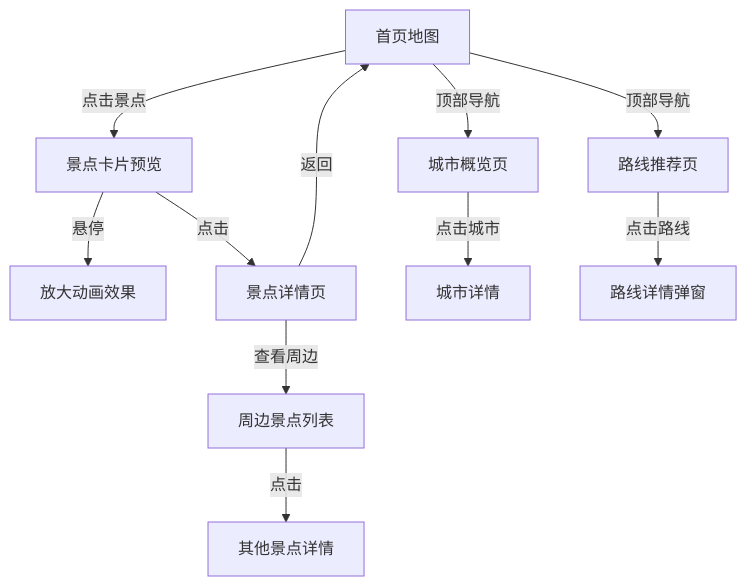
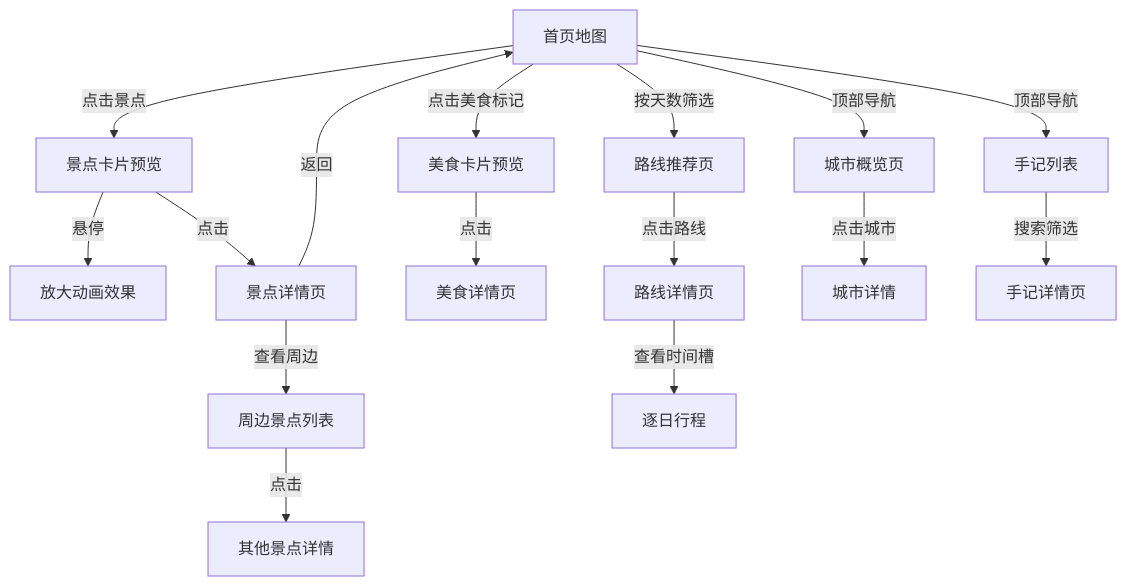
The diagram in .trae/documents/宁夏旅游地图PRD.md (Minkelxy/ningxia-tourism), drawn with Mermaid before and after one commit. The commit also changed other lines of this file and 2 other files, not shown here.

````diff
--- a/.trae/documents/宁夏旅游地图PRD.md
+++ b/.trae/documents/宁夏旅游地图PRD.md
@@ -85,15 +141,22 @@
 ```mermaid
 flowchart TD
     A[首页地图] -->|点击景点| B[景点卡片预览]
     B -->|悬停| C[放大动画效果]
     B -->|点击| D[景点详情页]
     D -->|返回| A
     D -->|查看周边| E[周边景点列表]
     E -->|点击| F[其他景点详情]
-    
-    A -->|顶部导航| G[城市概览页]
-    G -->|点击城市| H[城市详情]
-    
-    A -->|顶部导航| I[路线推荐页]
-    I -->|点击路线| J[路线详情弹窗]
+
+    A -->|点击美食标记| G[美食卡片预览]
+    G -->|点击| H[美食详情页]
+
+    A -->|按天数筛选| I[路线推荐页]
+    I -->|点击路线| J[路线详情页]
+    J -->|查看时间槽| K[逐日行程]
+
+    A -->|顶部导航| L[城市概览页]
+    L -->|点击城市| M[城市详情]
+
+    A -->|顶部导航| N[手记列表]
+    N -->|搜索筛选| O[手记详情页]
 ```
````
